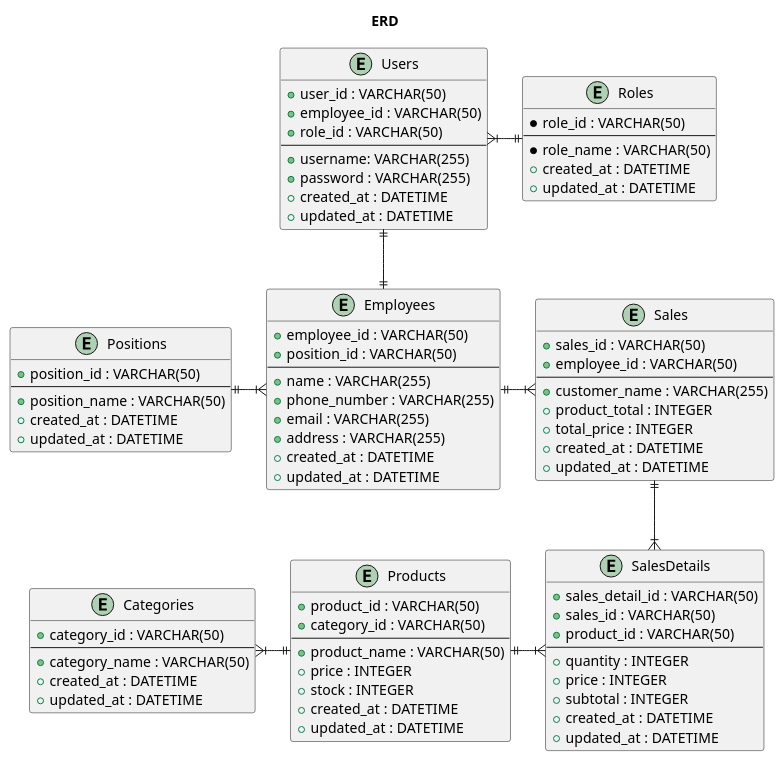
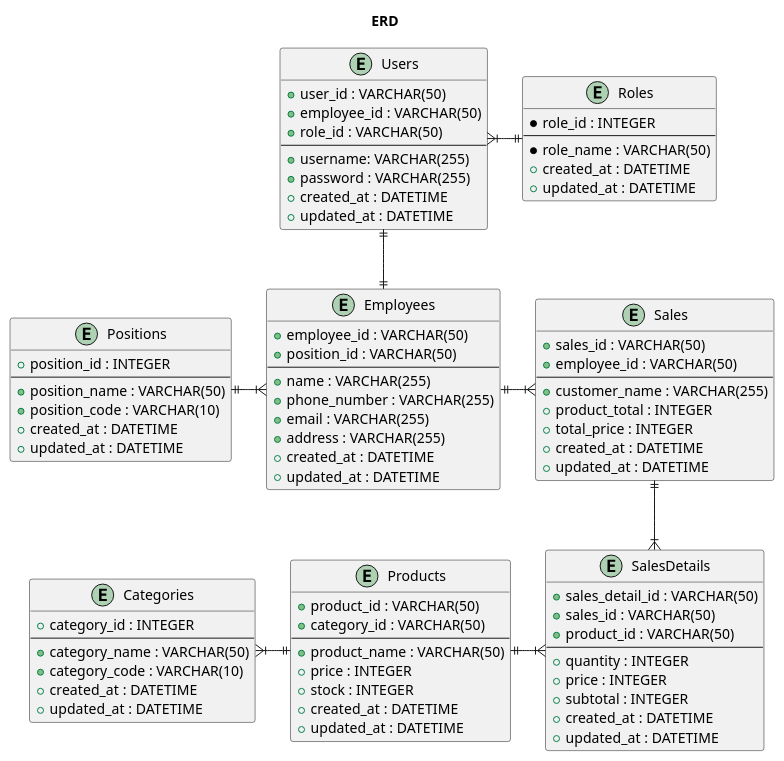
One commit to vunky-himawan/sales-track changed the diagram in erd.puml. Above: the diagram before and after it, drawn with PlantUML. The commit also changed 6 other files, not shown here.

Commit message:
feat(api): add API specification and adjust erd

```diff
--- a/erd.puml
+++ b/erd.puml
@@ -1,94 +1,96 @@
 @startuml
 
 title ERD
 
 entity Roles {
-    *role_id : VARCHAR(50)
+    *role_id : INTEGER
     --
     *role_name : VARCHAR(50)
     + created_at : DATETIME
     + updated_at : DATETIME
 }
 
 entity Users {
     + user_id : VARCHAR(50)
     + employee_id : VARCHAR(50)
     + role_id : VARCHAR(50)
     --
     + username: VARCHAR(255)
     + password : VARCHAR(255)
     + created_at : DATETIME
     + updated_at : DATETIME
 }
 
 entity Employees {
     + employee_id : VARCHAR(50)
     + position_id : VARCHAR(50)
     --
     + name : VARCHAR(255)
     + phone_number : VARCHAR(255)
     + email : VARCHAR(255)
     + address : VARCHAR(255)
     + created_at : DATETIME
     + updated_at : DATETIME
 }
 
 entity Positions {
-    + position_id : VARCHAR(50)
+    + position_id : INTEGER
     --
     + position_name : VARCHAR(50)
+    + position_code : VARCHAR(10)
     + created_at : DATETIME
     + updated_at : DATETIME
 }
 
 entity Sales {
     + sales_id : VARCHAR(50)
     + employee_id : VARCHAR(50)
     --
     + customer_name : VARCHAR(255)
     + product_total : INTEGER
     + total_price : INTEGER
     + created_at : DATETIME
     + updated_at : DATETIME
 }
 
 entity SalesDetails {
     + sales_detail_id : VARCHAR(50)
     + sales_id : VARCHAR(50)
     + product_id : VARCHAR(50)
     --
     + quantity : INTEGER
     + price : INTEGER
     + subtotal : INTEGER
     + created_at : DATETIME
     + updated_at : DATETIME
 }
 
 entity Products {
     + product_id : VARCHAR(50)
     + category_id : VARCHAR(50)
     --
     + product_name : VARCHAR(50)
     + price : INTEGER
     + stock : INTEGER
     + created_at : DATETIME
     + updated_at : DATETIME
 }
 
 entity Categories {
-    + category_id : VARCHAR(50)
+    + category_id : INTEGER
     --
     + category_name : VARCHAR(50)
+    + category_code : VARCHAR(10)
     + created_at : DATETIME
     + updated_at : DATETIME
 }
 
 Roles ||-l-|{Users
 Users ||--||Employees
 Employees}|-l-||Positions
 Employees ||-r-|{Sales
-Products ||-l-|{Categories
+Products||-l-|{Categories
 Sales ||--|{SalesDetails
 SalesDetails}|-l-||Products
 
 @enduml
```
